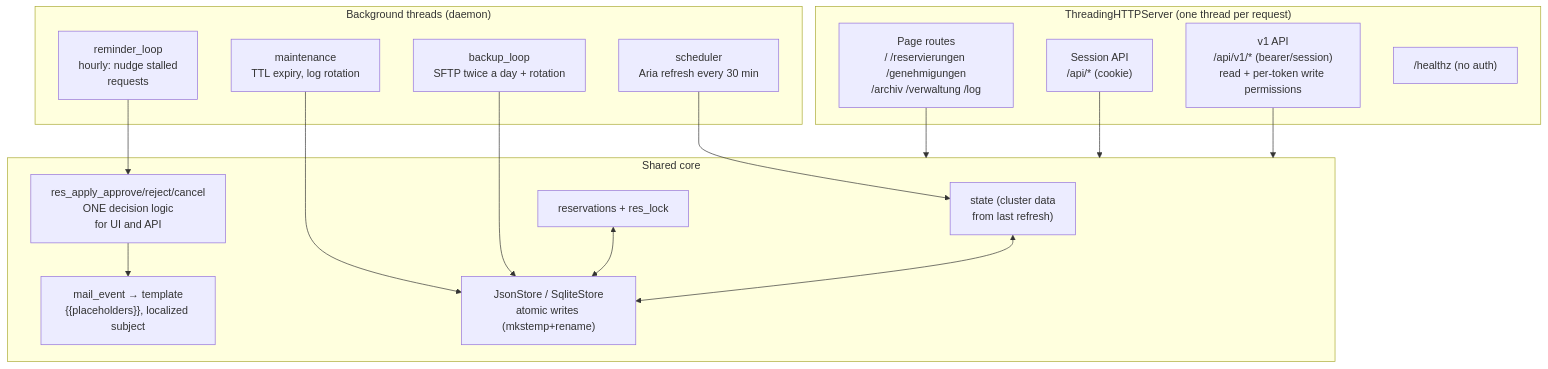
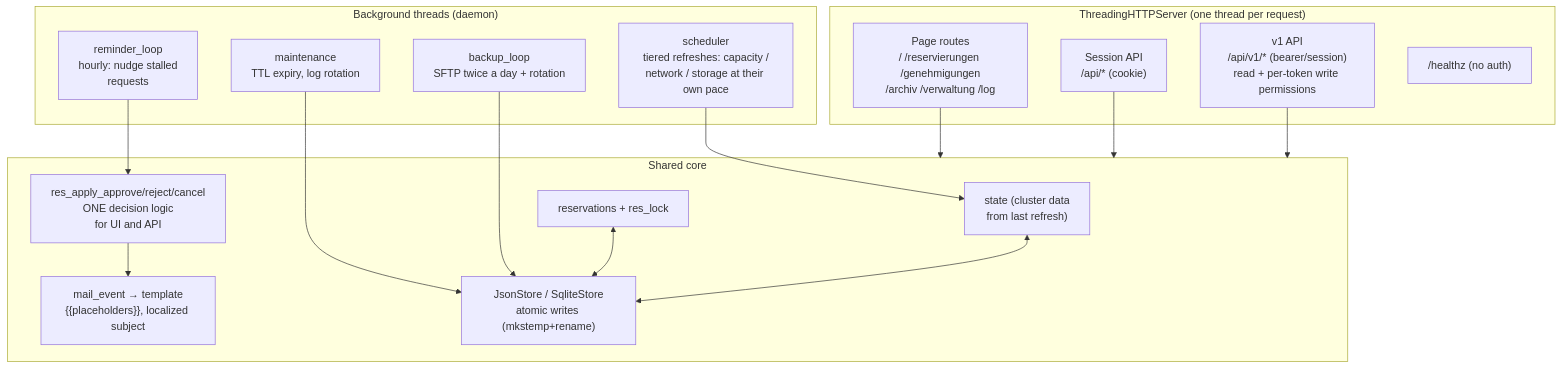
Before and after one commit to marcobockelbrink/vmware: the second of 6 diagrams in docs/ARCHITECTURE.en.md, drawn with Mermaid. The commit also changed other lines of this file and 8 other files, not shown here.

````diff
--- a/docs/ARCHITECTURE.en.md
+++ b/docs/ARCHITECTURE.en.md
@@ -59,32 +59,32 @@
 ```mermaid
 flowchart TB
     subgraph HTTP["ThreadingHTTPServer (one thread per request)"]
         R1["Page routes<br/>/ /reservierungen /genehmigungen<br/>/archiv /verwaltung /log"]
         R2["Session API<br/>/api/* (cookie)"]
         R3["v1 API<br/>/api/v1/* (bearer/session)<br/>read + per-token write permissions"]
         R4["/healthz (no auth)"]
     end
 
     subgraph BG["Background threads (daemon)"]
-        T1["scheduler<br/>Aria refresh every 30 min"]
+        T1["scheduler<br/>tiered refreshes: capacity /<br/>network / storage at their own pace"]
         T2["maintenance<br/>TTL expiry, log rotation"]
         T3["backup_loop<br/>SFTP twice a day + rotation"]
         T4["reminder_loop<br/>hourly: nudge stalled<br/>requests"]
     end
 
     subgraph CORE["Shared core"]
         ST["state (cluster data<br/>from last refresh)"]
         RES["reservations + res_lock"]
         DEC["res_apply_approve/reject/cancel<br/>ONE decision logic<br/>for UI and API"]
         MAIL["mail_event → template<br/>{{placeholders}}, localized subject"]
         STORE["JsonStore / SqliteStore<br/>atomic writes (mkstemp+rename)"]
     end
 
     R1 & R2 & R3 --> CORE
     T1 --> ST
     T2 & T3 --> STORE
     T4 --> DEC
     DEC --> MAIL
     RES <--> STORE
     ST <--> STORE
 ```
````
